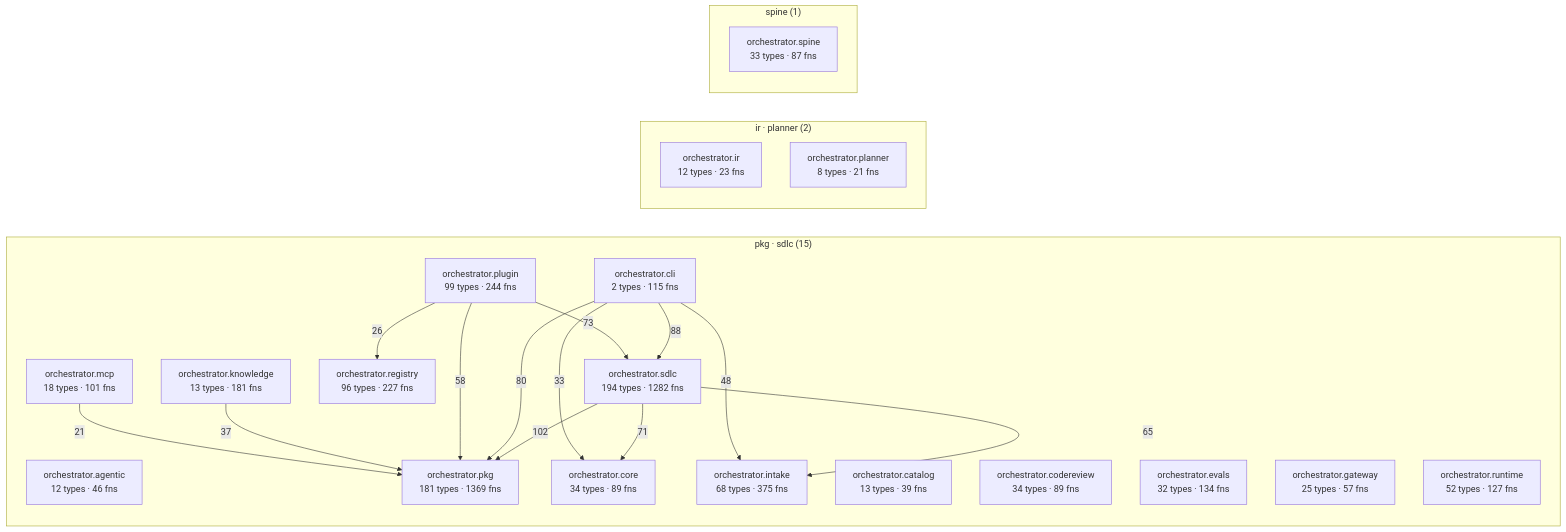
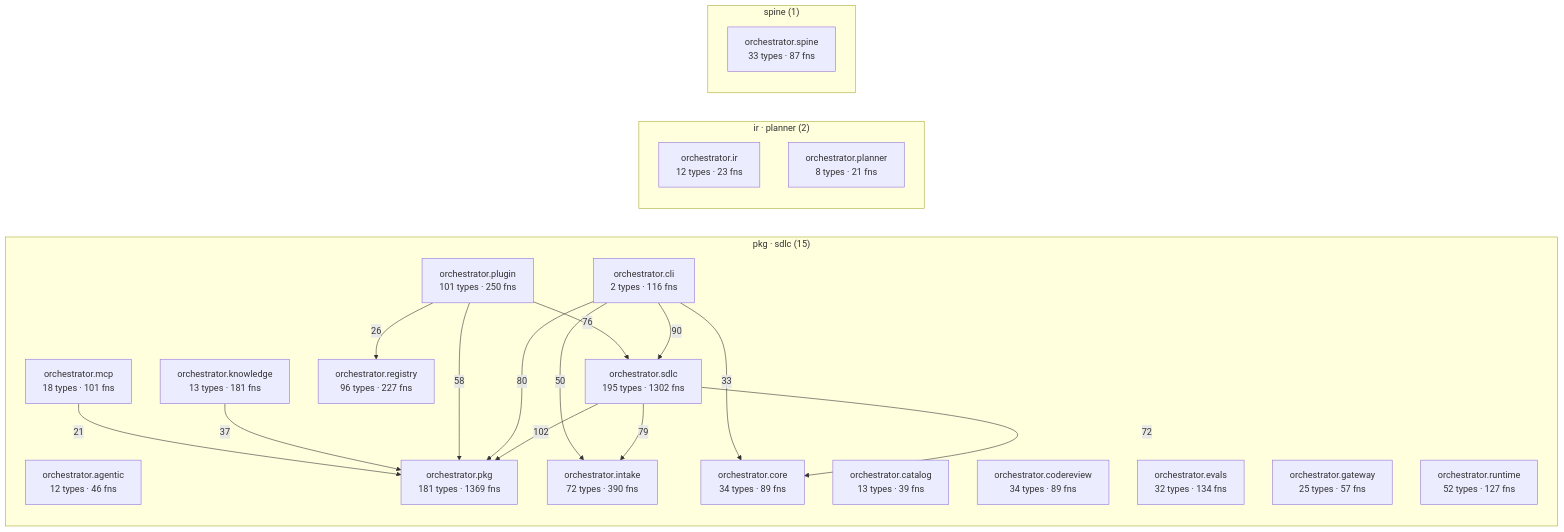
One commit to synaptixs/spine changed the diagram in episteme/architecture.md. Above: the diagram before and after it, drawn with Mermaid. The commit also changed other lines of this file and 23 other files, not shown here.

````diff
--- a/episteme/architecture.md
+++ b/episteme/architecture.md
@@ -56,39 +56,39 @@
 ```mermaid
 flowchart LR
   subgraph c_2["pkg · sdlc (15)"]
     aorchestratoragentic["orchestrator.agentic<br/>12 types · 46 fns"]
     aorchestratorcatalog["orchestrator.catalog<br/>13 types · 39 fns"]
-    aorchestratorcli["orchestrator.cli<br/>2 types · 115 fns"]
+    aorchestratorcli["orchestrator.cli<br/>2 types · 116 fns"]
     aorchestratorcodereview["orchestrator.codereview<br/>34 types · 89 fns"]
     aorchestratorcore["orchestrator.core<br/>34 types · 89 fns"]
     aorchestratorevals["orchestrator.evals<br/>32 types · 134 fns"]
     aorchestratorgateway["orchestrator.gateway<br/>25 types · 57 fns"]
-    aorchestratorintake["orchestrator.intake<br/>68 types · 375 fns"]
+    aorchestratorintake["orchestrator.intake<br/>72 types · 390 fns"]
     aorchestratorknowledge["orchestrator.knowledge<br/>13 types · 181 fns"]
     aorchestratormcp["orchestrator.mcp<br/>18 types · 101 fns"]
     aorchestratorpkg["orchestrator.pkg<br/>181 types · 1369 fns"]
-    aorchestratorplugin["orchestrator.plugin<br/>99 types · 244 fns"]
+    aorchestratorplugin["orchestrator.plugin<br/>101 types · 250 fns"]
     aorchestratorregistry["orchestrator.registry<br/>96 types · 227 fns"]
     aorchestratorruntime["orchestrator.runtime<br/>52 types · 127 fns"]
-    aorchestratorsdlc["orchestrator.sdlc<br/>194 types · 1282 fns"]
+    aorchestratorsdlc["orchestrator.sdlc<br/>195 types · 1302 fns"]
   end
   subgraph c_6["ir · planner (2)"]
     aorchestratorir["orchestrator.ir<br/>12 types · 23 fns"]
     aorchestratorplanner["orchestrator.planner<br/>8 types · 21 fns"]
   end
   subgraph c_11["spine (1)"]
     aorchestratorspine["orchestrator.spine<br/>33 types · 87 fns"]
   end
   aorchestratorsdlc -->|102| aorchestratorpkg
-  aorchestratorcli -->|88| aorchestratorsdlc
+  aorchestratorcli -->|90| aorchestratorsdlc
   aorchestratorcli -->|80| aorchestratorpkg
-  aorchestratorplugin -->|73| aorchestratorsdlc
-  aorchestratorsdlc -->|71| aorchestratorcore
-  aorchestratorsdlc -->|65| aorchestratorintake
+  aorchestratorsdlc -->|79| aorchestratorintake
+  aorchestratorplugin -->|76| aorchestratorsdlc
+  aorchestratorsdlc -->|72| aorchestratorcore
   aorchestratorplugin -->|58| aorchestratorpkg
-  aorchestratorcli -->|48| aorchestratorintake
+  aorchestratorcli -->|50| aorchestratorintake
   aorchestratorknowledge -->|37| aorchestratorpkg
   aorchestratorcli -->|33| aorchestratorcore
   aorchestratorplugin -->|26| aorchestratorregistry
   aorchestratormcp -->|21| aorchestratorpkg
 ```
````
